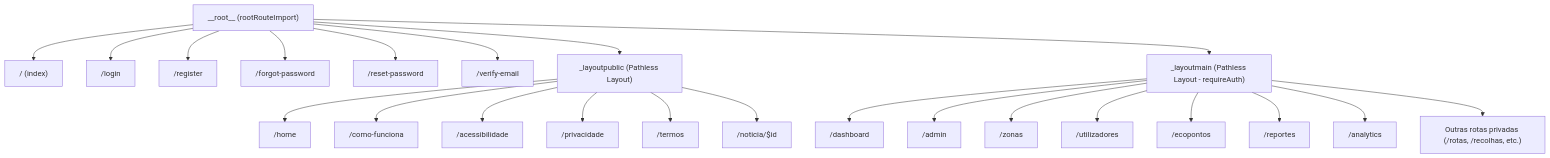
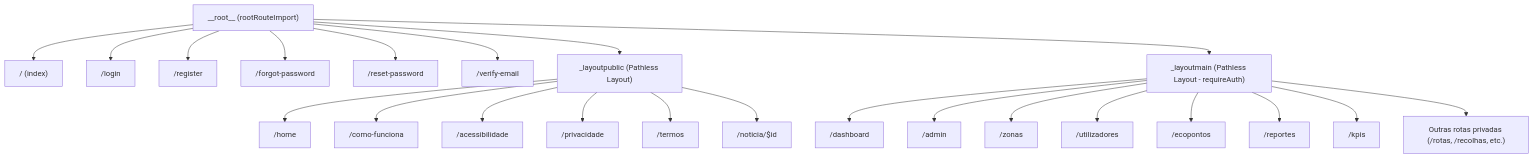
The diagram in .repowiki/Frontend/Routing Architecture.md (MoisesBraz/ecobairro), drawn with Mermaid before and after one commit. The commit also changed 91 other files, not shown here.

````diff
--- a/.repowiki/Frontend/Routing Architecture.md
+++ b/.repowiki/Frontend/Routing Architecture.md
@@ -38,27 +38,27 @@
 ```mermaid
 graph TD
     Root["__root__ (rootRouteImport)"] --> Index["/ (index)"]
     Root --> Login["/login"]
     Root --> Register["/register"]
     Root --> Forgot["/forgot-password"]
     Root --> Reset["/reset-password"]
     Root --> Verify["/verify-email"]
     
     Root --> LayoutPublic["_layoutpublic (Pathless Layout)"]
     LayoutPublic --> Home["/home"]
     LayoutPublic --> ComoFunciona["/como-funciona"]
     LayoutPublic --> Acessibilidade["/acessibilidade"]
     LayoutPublic --> Privacidade["/privacidade"]
     LayoutPublic --> Termos["/termos"]
     LayoutPublic --> NoticiaDetail["/noticia/$id"]
     
     Root --> LayoutMain["_layoutmain (Pathless Layout - requireAuth)"]
     LayoutMain --> Dashboard["/dashboard"]
     LayoutMain --> Admin["/admin"]
     LayoutMain --> Zonas["/zonas"]
     LayoutMain --> Utilizadores["/utilizadores"]
     LayoutMain --> Ecopontos["/ecopontos"]
     LayoutMain --> Reportes["/reportes"]
-    LayoutMain --> Analytics["/analytics"]
+    LayoutMain --> Kpis["/kpis"]
     LayoutMain --> Outros["Outras rotas privadas (/rotas, /recolhas, etc.)"]
 ```
````
